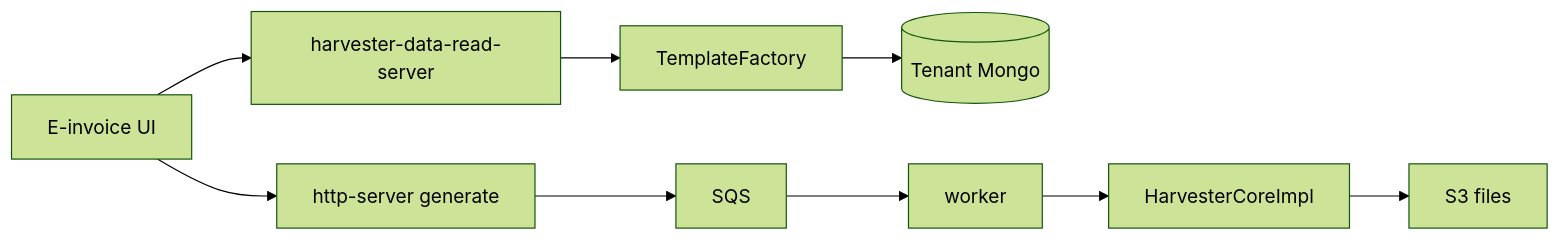
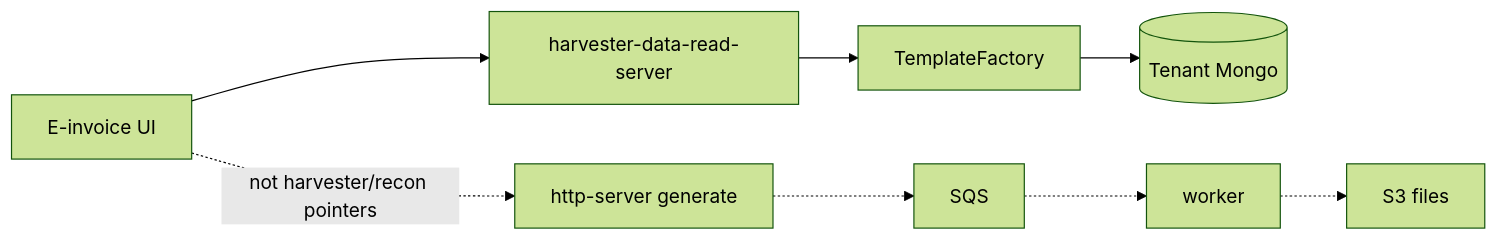
The diagram in Resume/ClearTax/00 - ClearTax Ownership.md (zekkrron/cs-knowledge-base), drawn with Mermaid (forest theme) before and after one commit. The commit also changed other lines of this file and 25 other files, not shown here.

````diff
--- a/Resume/ClearTax/00 - ClearTax Ownership.md
+++ b/Resume/ClearTax/00 - ClearTax Ownership.md
@@ -19,11 +19,10 @@
 ```mermaid
 flowchart LR
     UI[E-invoice UI] --> BFF[harvester-data-read-server]
     BFF --> TF[TemplateFactory]
     TF --> Mongo[(Tenant Mongo)]
-    UI --> API[http-server generate]
-    API --> SQS[SQS]
-    SQS --> W[worker]
-    W --> Core[HarvesterCoreImpl]
-    Core --> S3[S3 files]
+    UI -.->|not harvester/recon pointers| API[http-server generate]
+    API -.-> SQS[SQS]
+    SQS -.-> W[worker]
+    W -.-> S3[S3 files]
 ```
````
